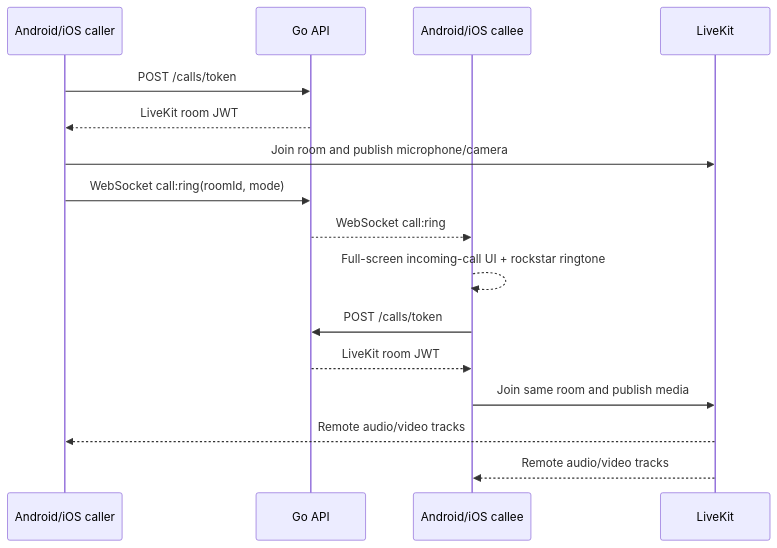
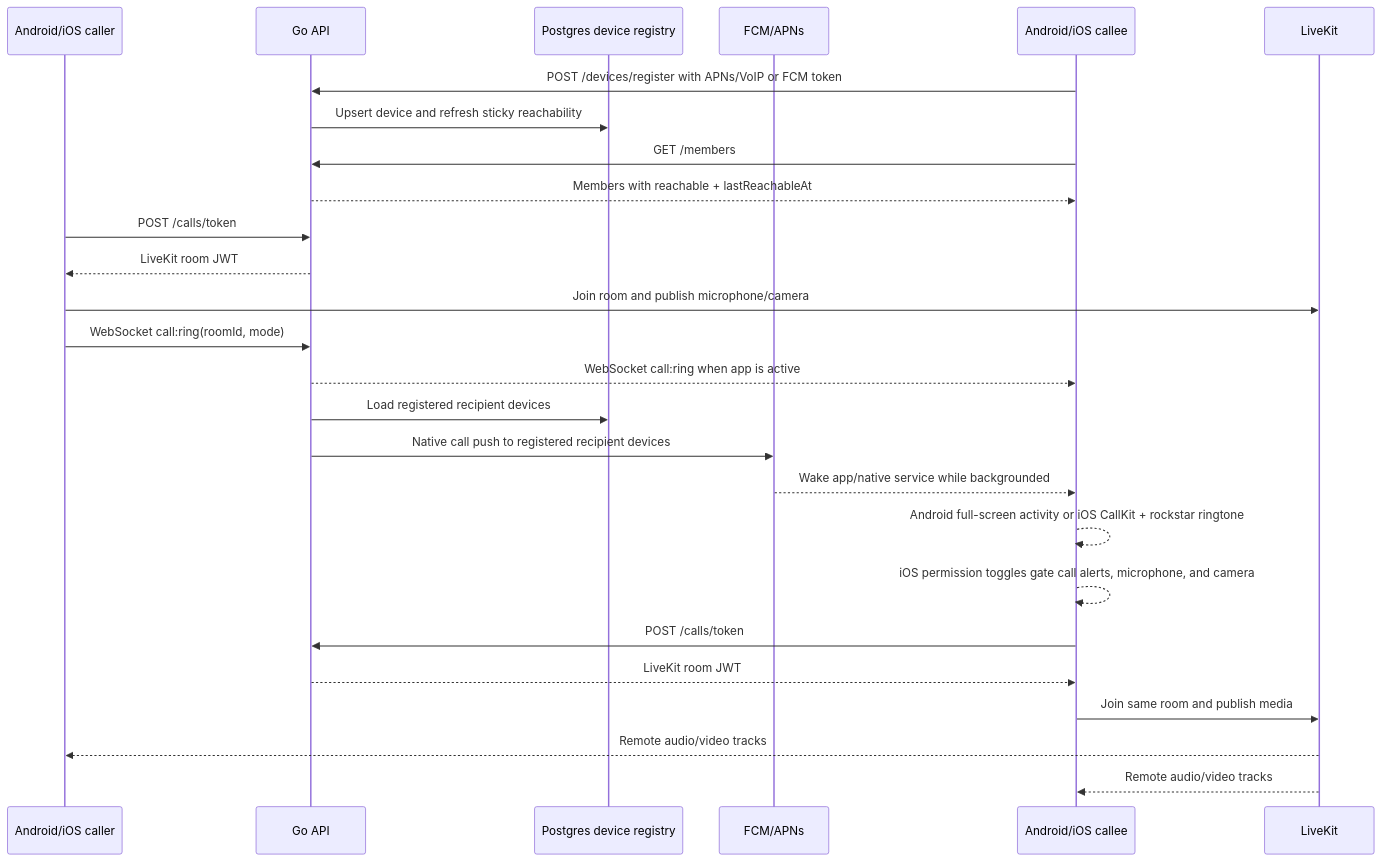
The second of 3 diagrams in README.md (calvarado2004/phone-levelg), drawn with Mermaid before and after one commit. The commit also changed other lines of this file and 12 other files, not shown here.

Commit message:
Add native call reachability and iOS permissions

````diff
--- a/README.md
+++ b/README.md
@@ -83,19 +92,29 @@
 ```mermaid
 sequenceDiagram
   participant Caller as Android/iOS caller
   participant API as Go API
+  participant DB as Postgres device registry
+  participant Push as FCM/APNs
   participant Callee as Android/iOS callee
   participant LiveKit as LiveKit
 
+  Callee->>API: POST /devices/register with APNs/VoIP or FCM token
+  API->>DB: Upsert device and refresh sticky reachability
+  Callee->>API: GET /members
+  API-->>Callee: Members with reachable + lastReachableAt
   Caller->>API: POST /calls/token
   API-->>Caller: LiveKit room JWT
   Caller->>LiveKit: Join room and publish microphone/camera
   Caller->>API: WebSocket call:ring(roomId, mode)
-  API-->>Callee: WebSocket call:ring
-  Callee-->>Callee: Full-screen incoming-call UI + rockstar ringtone
+  API-->>Callee: WebSocket call:ring when app is active
+  API->>DB: Load registered recipient devices
+  API->>Push: Native call push to registered recipient devices
+  Push-->>Callee: Wake app/native service while backgrounded
+  Callee-->>Callee: Android full-screen activity or iOS CallKit + rockstar ringtone
+  Callee-->>Callee: iOS permission toggles gate call alerts, microphone, and camera
   Callee->>API: POST /calls/token
   API-->>Callee: LiveKit room JWT
   Callee->>LiveKit: Join same room and publish media
   LiveKit-->>Caller: Remote audio/video tracks
   LiveKit-->>Callee: Remote audio/video tracks
 ```
````
